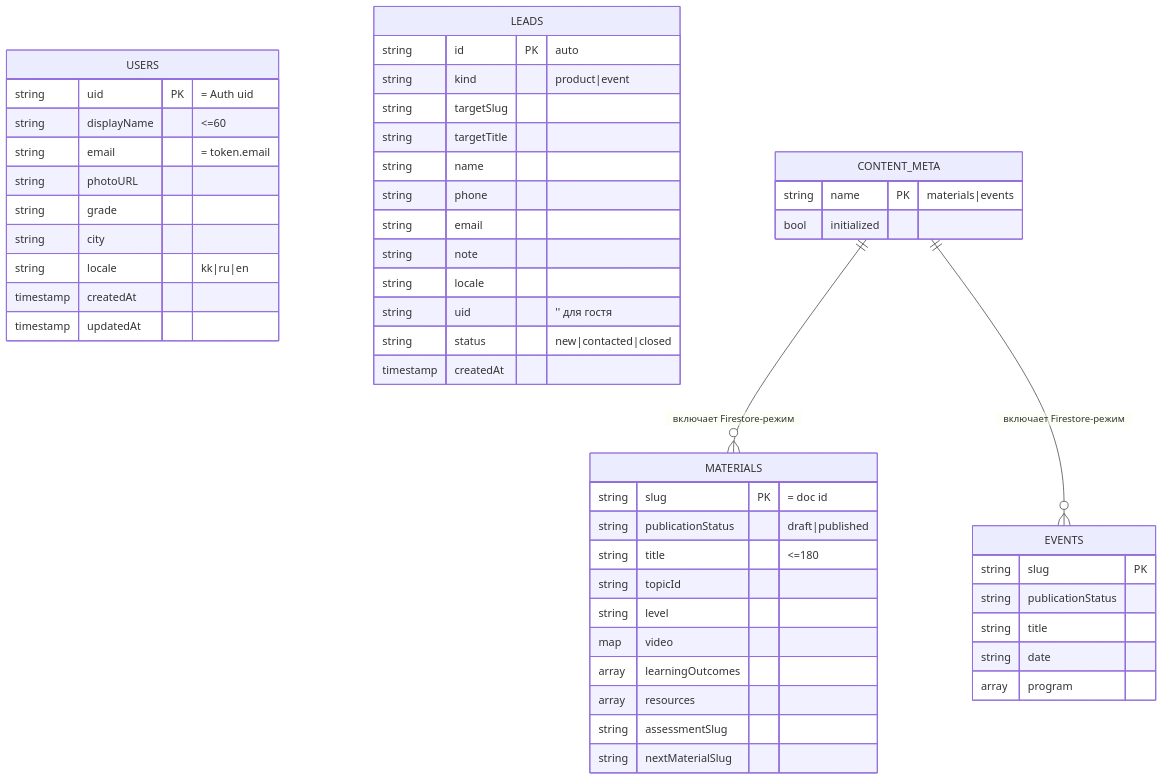
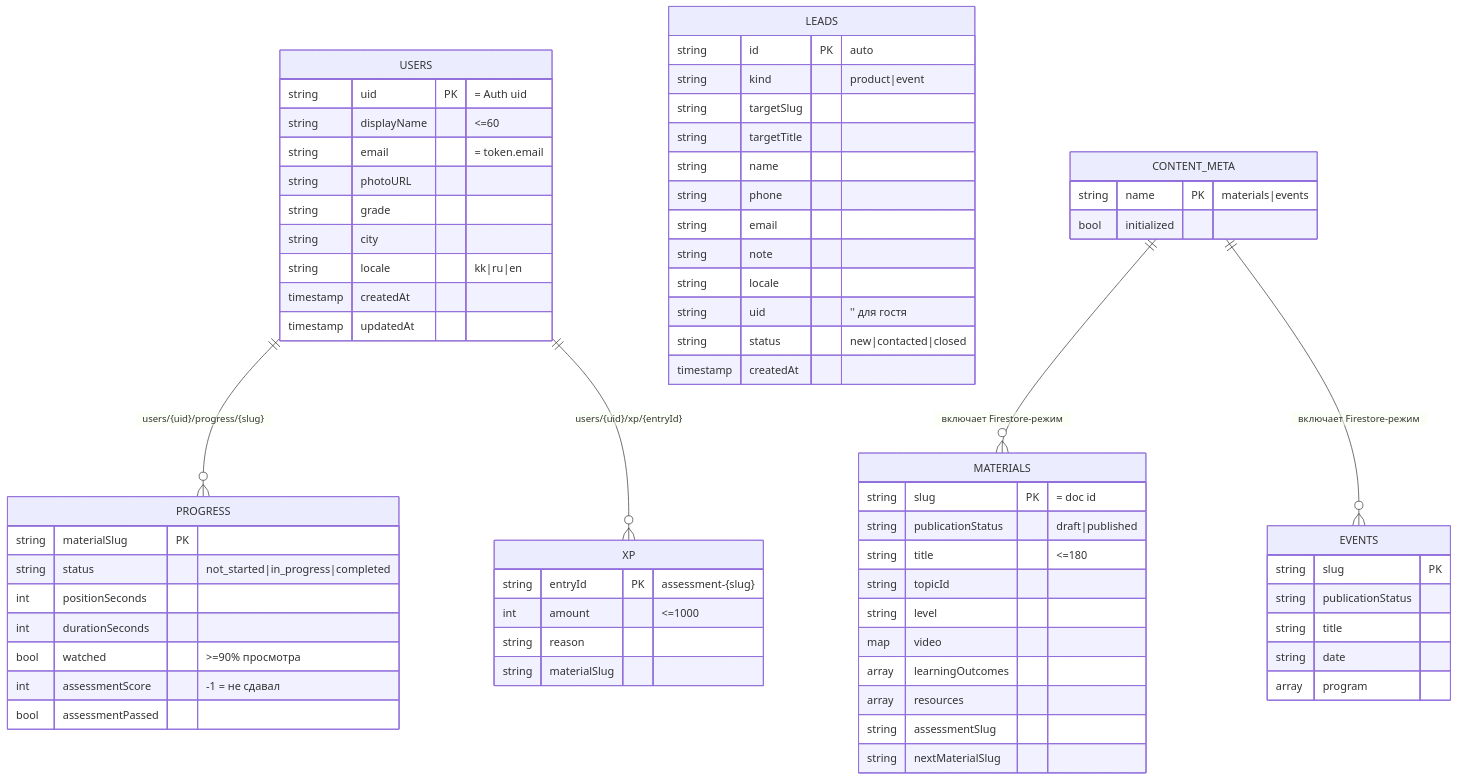
One commit to yerkebulanooo/aleuet changed the fourth of 6 diagrams in docs/architecture.md. Above: the diagram before and after it, drawn with Mermaid. The commit also changed other lines of this file and 13 other files, not shown here.

First line of the commit message:
feat: track learning progress and grant XP once per material

````diff
--- a/docs/architecture.md
+++ b/docs/architecture.md
@@ -65,53 +65,70 @@
 ```mermaid
 erDiagram
   USERS {
     string uid PK "= Auth uid"
     string displayName "<=60"
     string email "= token.email"
     string photoURL
     string grade
     string city
     string locale "kk|ru|en"
     timestamp createdAt
     timestamp updatedAt
   }
   MATERIALS {
     string slug PK "= doc id"
     string publicationStatus "draft|published"
     string title "<=180"
     string topicId
     string level
     map video
     array learningOutcomes
     array resources
     string assessmentSlug
     string nextMaterialSlug
   }
   EVENTS {
     string slug PK
     string publicationStatus
     string title
     string date
     array program
   }
   LEADS {
     string id PK "auto"
     string kind "product|event"
     string targetSlug
     string targetTitle
     string name
     string phone
     string email
     string note
     string locale
     string uid "'' для гостя"
     string status "new|contacted|closed"
     timestamp createdAt
   }
   CONTENT_META {
     string name PK "materials|events"
     bool initialized
   }
+  USERS ||--o{ PROGRESS : "users/{uid}/progress/{slug}"
+  USERS ||--o{ XP : "users/{uid}/xp/{entryId}"
+  PROGRESS {
+    string materialSlug PK
+    string status "not_started|in_progress|completed"
+    int positionSeconds
+    int durationSeconds
+    bool watched ">=90% просмотра"
+    int assessmentScore "-1 = не сдавал"
+    bool assessmentPassed
+  }
+  XP {
+    string entryId PK "assessment-{slug}"
+    int amount "<=1000"
+    string reason
+    string materialSlug
+  }
   CONTENT_META ||--o{ MATERIALS : "включает Firestore-режим"
   CONTENT_META ||--o{ EVENTS : "включает Firestore-режим"
 ```
````
